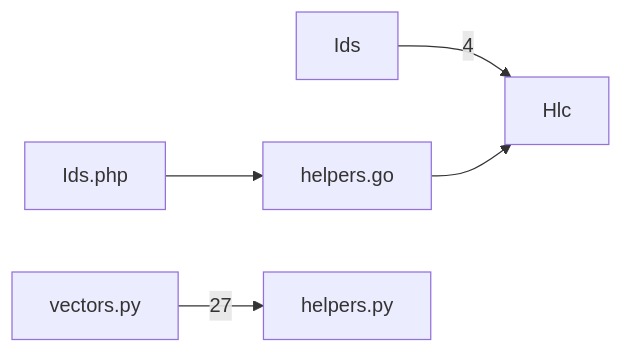
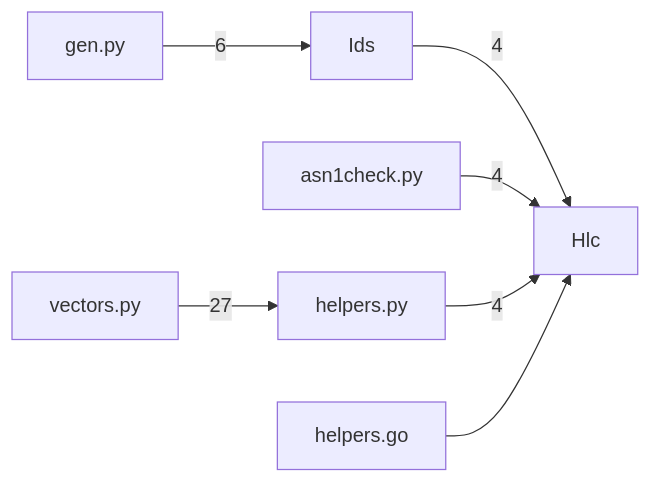
The diagram in .claude/wiki/code-map.md (smol-kitten/catboy-registry), drawn with Mermaid before and after one commit. The commit also changed other lines of this file and 7 other files, not shown here.

````diff
--- a/.claude/wiki/code-map.md
+++ b/.claude/wiki/code-map.md
@@ -28,13 +29,16 @@
 ```mermaid
 graph LR
   n_Hlc["Hlc"]
   n_Ids["Ids"]
-  n_Ids_php["Ids.php"]
+  n_asn1check_py["asn1check.py"]
+  n_gen_py["gen.py"]
   n_helpers_go["helpers.go"]
   n_helpers_py["helpers.py"]
   n_vectors_py["vectors.py"]
   n_vectors_py -->|27| n_helpers_py
+  n_gen_py -->|6| n_Ids
   n_Ids -->|4| n_Hlc
+  n_asn1check_py -->|4| n_Hlc
+  n_helpers_py -->|4| n_Hlc
   n_helpers_go --> n_Hlc
-  n_Ids_php --> n_helpers_go
 ```
````
